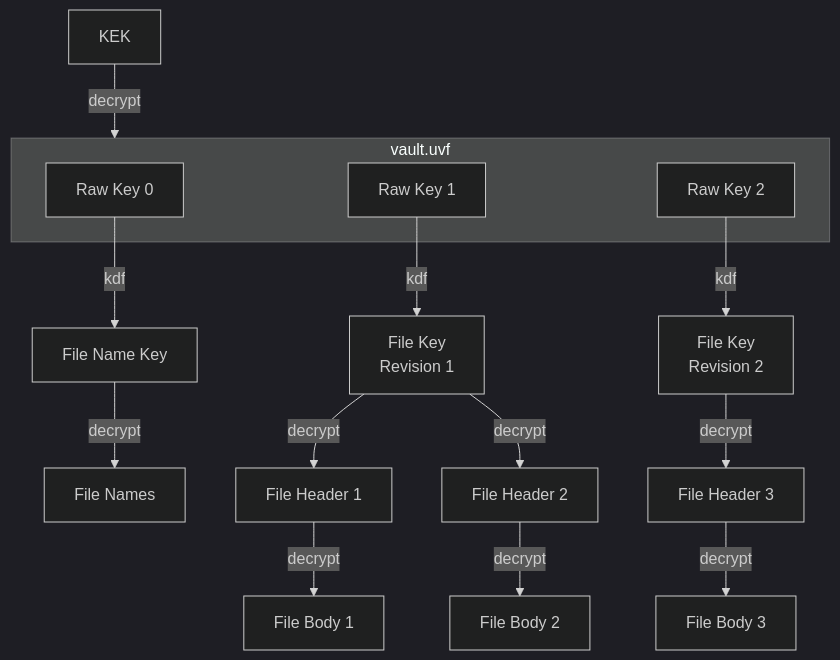
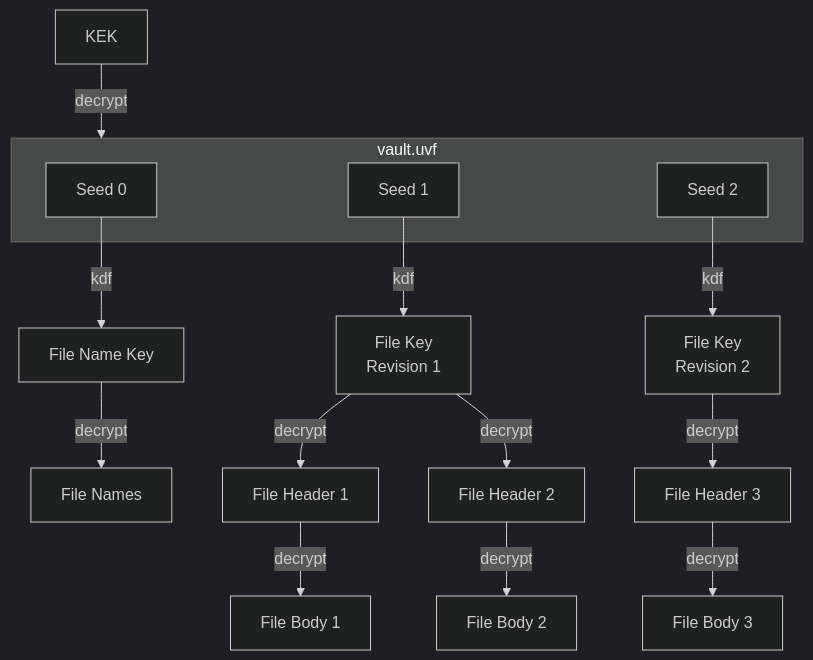
The diagram in vault metadata/README.md (encryption-alliance/unified-vault-format), drawn with Mermaid (dark theme) before and after one commit. The commit also changed other lines of this file and 2 other files, not shown here.

Commit message:
rename prekey material to `seeds`

````diff
--- a/vault metadata/README.md
+++ b/vault metadata/README.md
@@ -10,23 +10,23 @@
 ```mermaid
 flowchart TB
     subgraph JWE [vault.uvf]
-        k0[Raw Key 0]
-        k1[Raw Key 1]
-        k2[Raw Key 2]
+        s0[Seed 0]
+        s1[Seed 1]
+        s2[Seed 2]
     end
     KEK -->|decrypt| JWE
 
-    k0 -->|kdf| nk0[File Name Key]
-    k1 -->|kdf| fk1[File Key\n Revision 1]
-    k2 -->|kdf| fk2[File Key\n Revision 2]
+    s0 -->|kdf| k0[File Name Key]
+    s1 -->|kdf| k1[File Key\n Revision 1]
+    s2 -->|kdf| k2[File Key\n Revision 2]
 
-    nk0 -->|decrypt| n[File Names]
+    k0 -->|decrypt| n[File Names]
 
-    fk1 -->|decrypt| h1[File Header 1]
-    fk1 -->|decrypt| h2[File Header 2]
-    fk2 -->|decrypt| h3[File Header 3]
+    k1 -->|decrypt| h1[File Header 1]
+    k1 -->|decrypt| h2[File Header 2]
+    k2 -->|decrypt| h3[File Header 3]
 
     h1 -->|decrypt| b1[File Body 1]
     h2 -->|decrypt| b2[File Body 2]
     h3 -->|decrypt| b3[File Body 3]
 ```
````
